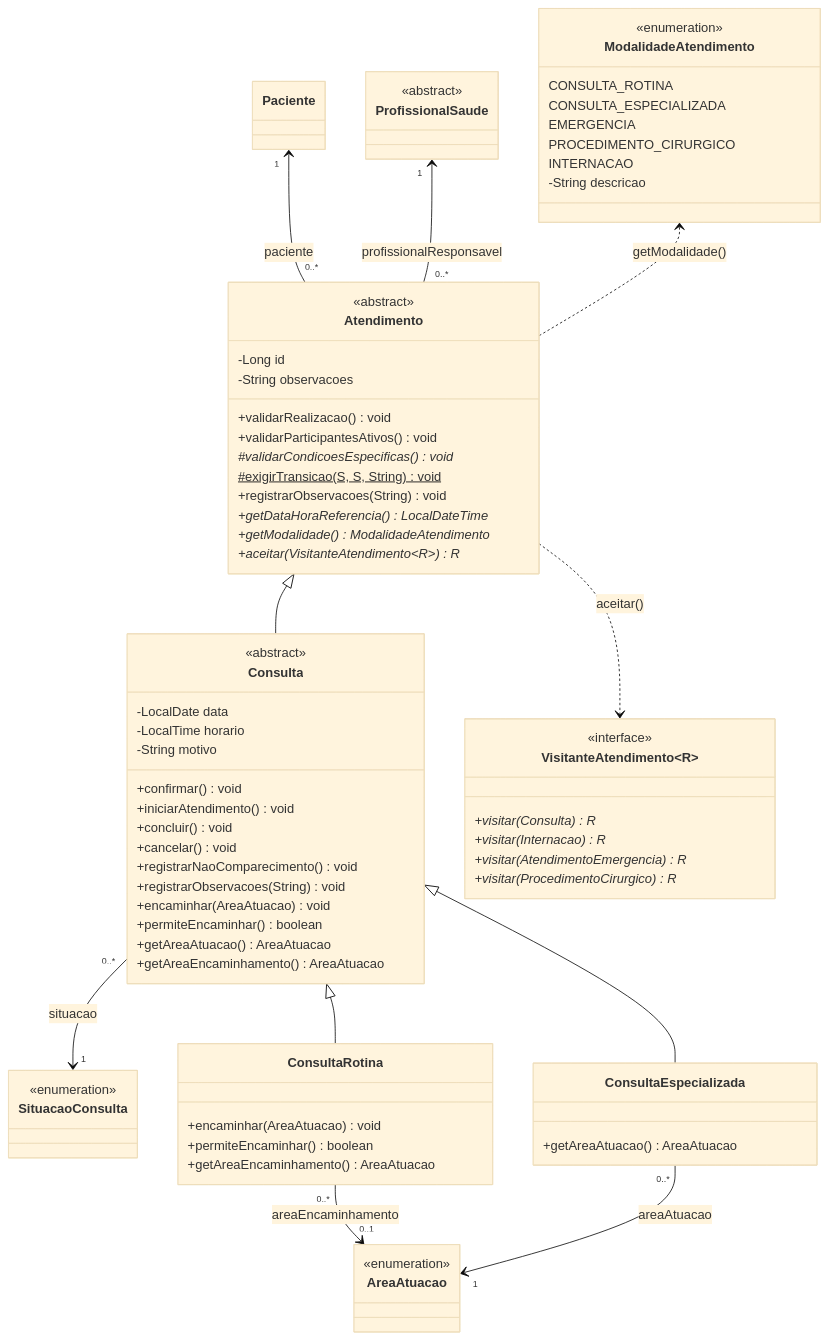
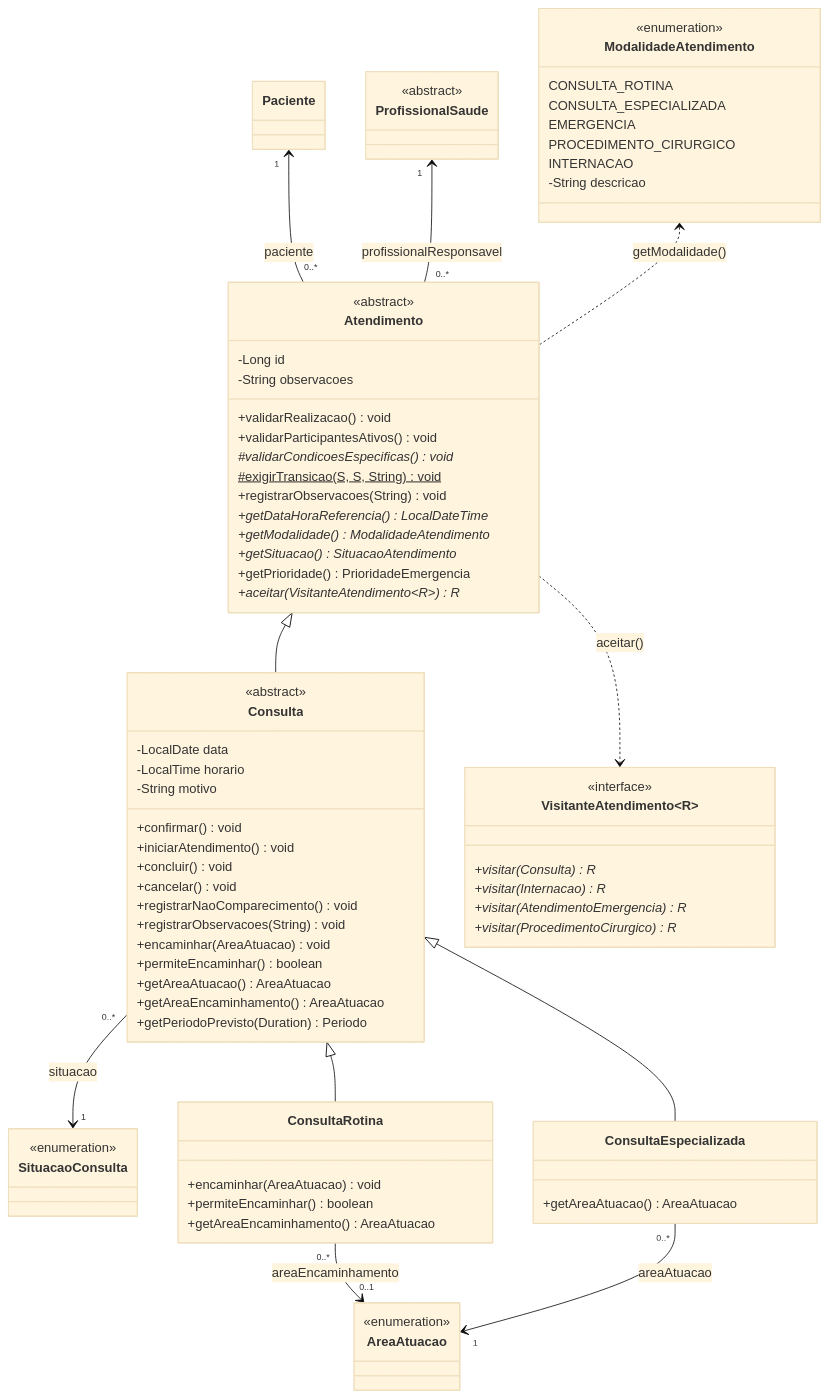
Before and after one commit to pedrolsrt/sistema-hospitalar: the fifth of 13 diagrams in docs/diagrama-de-classes.md, drawn with Mermaid (base theme). The commit also changed other lines of this file and 8 other files, not shown here.

Commit message:
docs: atualiza README e diagramas da Sprint 3

````diff
--- a/docs/diagrama-de-classes.md
+++ b/docs/diagrama-de-classes.md
@@ -337,79 +367,82 @@
 ```mermaid
 classDiagram
     direction TB
 
     class Paciente
     class ProfissionalSaude { <<abstract>> }
     class AreaAtuacao { <<enumeration>> }
     class SituacaoConsulta { <<enumeration>> }
 
     class Atendimento {
         <<abstract>>
         -Long id
         -String observacoes
         +validarRealizacao() void
         +validarParticipantesAtivos() void
         #validarCondicoesEspecificas()* void
         #exigirTransicao(S, S, String)$ void
         +registrarObservacoes(String) void
         +getDataHoraReferencia()* LocalDateTime
         +getModalidade()* ModalidadeAtendimento
+        +getSituacao()* SituacaoAtendimento
+        +getPrioridade() PrioridadeEmergencia
         +aceitar(VisitanteAtendimento~R~)* R
     }
 
     class Consulta {
         <<abstract>>
         -LocalDate data
         -LocalTime horario
         -String motivo
         +confirmar() void
         +iniciarAtendimento() void
         +concluir() void
         +cancelar() void
         +registrarNaoComparecimento() void
         +registrarObservacoes(String) void
         +encaminhar(AreaAtuacao) void
         +permiteEncaminhar() boolean
         +getAreaAtuacao() AreaAtuacao
         +getAreaEncaminhamento() AreaAtuacao
+        +getPeriodoPrevisto(Duration) Periodo
     }
 
     class ConsultaRotina {
         +encaminhar(AreaAtuacao) void
         +permiteEncaminhar() boolean
         +getAreaEncaminhamento() AreaAtuacao
     }
 
     class ConsultaEspecializada {
         +getAreaAtuacao() AreaAtuacao
     }
 
     class ModalidadeAtendimento {
         <<enumeration>>
         CONSULTA_ROTINA
         CONSULTA_ESPECIALIZADA
         EMERGENCIA
         PROCEDIMENTO_CIRURGICO
         INTERNACAO
         -String descricao
     }
 
     class VisitanteAtendimento~R~ {
         <<interface>>
         +visitar(Consulta)* R
         +visitar(Internacao)* R
         +visitar(AtendimentoEmergencia)* R
         +visitar(ProcedimentoCirurgico)* R
     }
 
     Paciente "1" <-- "0..*" Atendimento : paciente
     ProfissionalSaude "1" <-- "0..*" Atendimento : profissionalResponsavel
     ModalidadeAtendimento <.. Atendimento : getModalidade()
     Atendimento <|-- Consulta
     Consulta <|-- ConsultaRotina
     Consulta <|-- ConsultaEspecializada
     ConsultaRotina "0..*" --> "0..1" AreaAtuacao : areaEncaminhamento
     ConsultaEspecializada "0..*" --> "1" AreaAtuacao : areaAtuacao
     Consulta "0..*" --> "1" SituacaoConsulta : situacao
     Atendimento ..> VisitanteAtendimento : aceitar()
 ```
````
